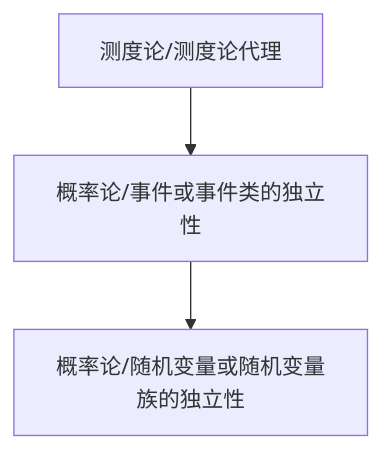
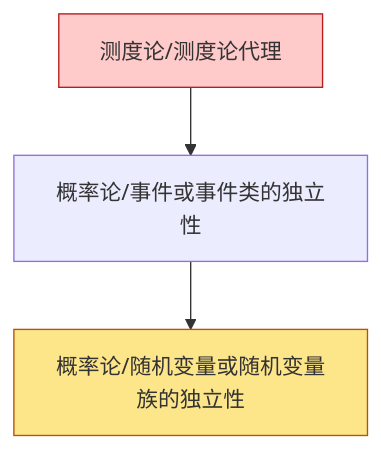
The diagram in content/概率论/dependency_graph.md (zeroDtree/zeroDtree.github.io), drawn with Mermaid before and after one commit. The commit also changed 16 other files, not shown here.

````diff
--- a/content/概率论/dependency_graph.md
+++ b/content/概率论/dependency_graph.md
@@ -1,5 +1,9 @@
 ```mermaid
 graph TD
 1["测度论/测度论代理"] --> 0["概率论/事件或事件类的独立性"]
 0["概率论/事件或事件类的独立性"] --> 2["概率论/随机变量或随机变量族的独立性"]
+classDef leaf fill:#fde68a,stroke:#b45309
+class 2 leaf
+classDef externalRoot fill:#fecaca,stroke:#b91c1c
+class 1 externalRoot
 ```
````
